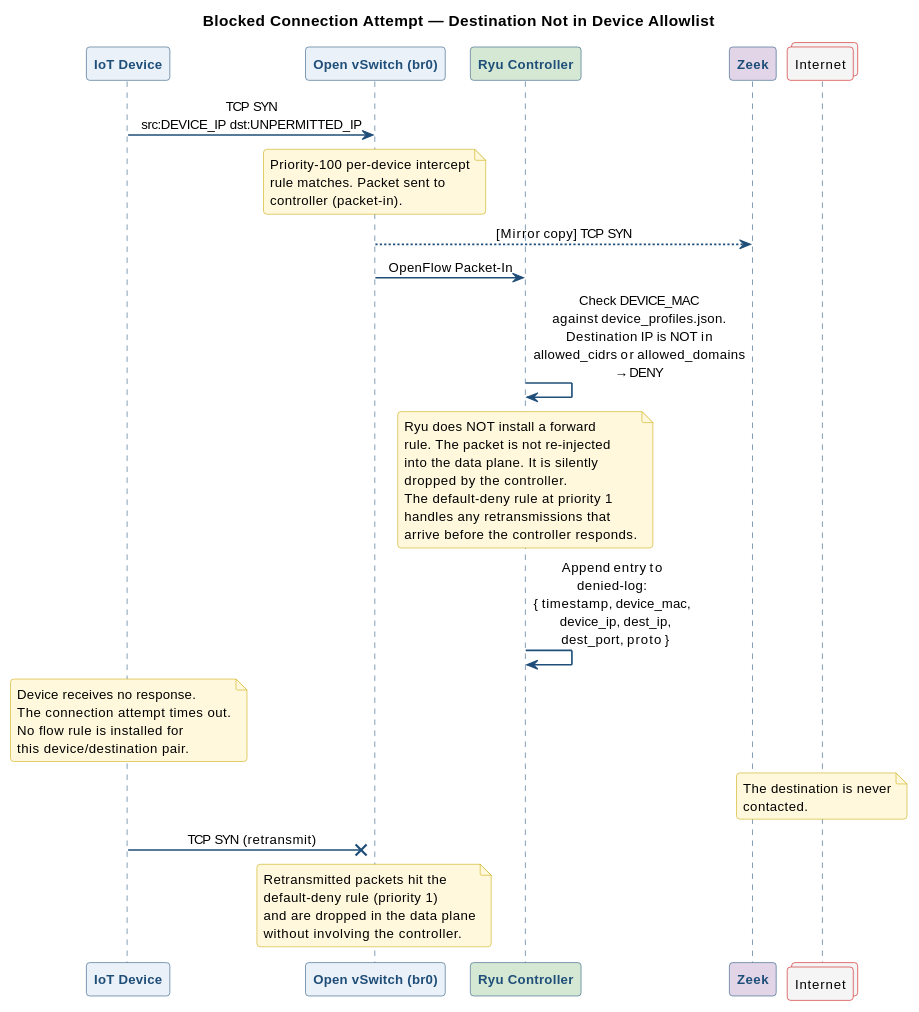
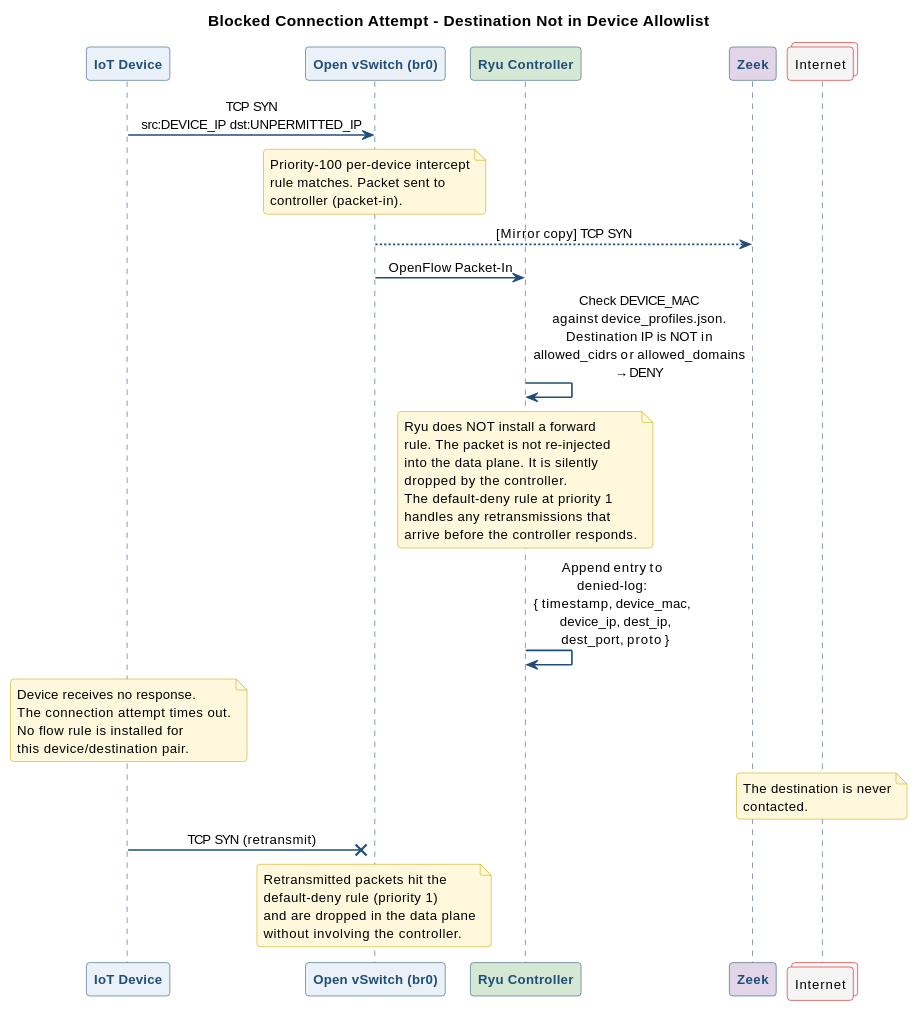
The third of 4 diagrams in docs/architecture/traffic-path-sequence-diagrams.md (TeraUK/iot-gateway), drawn with PlantUML before and after one commit. The commit also changed other lines of this file and 19 other files, not shown here.

Commit message:
Updated documentation. Mainly updated data-flow.md, but also made small changes elsewhere and added some placeholders for futue docs.

````diff
--- a/docs/architecture/traffic-path-sequence-diagrams.md
+++ b/docs/architecture/traffic-path-sequence-diagrams.md
@@ -237,7 +237,7 @@
 ```kroki-plantuml
 @startuml blocked_connection
 
-title Blocked Connection Attempt — Destination Not in Device Allowlist
+title Blocked Connection Attempt - Destination Not in Device Allowlist
 
 skinparam sequenceMessageAlign center
 skinparam responseMessageBelowArrow true
````
